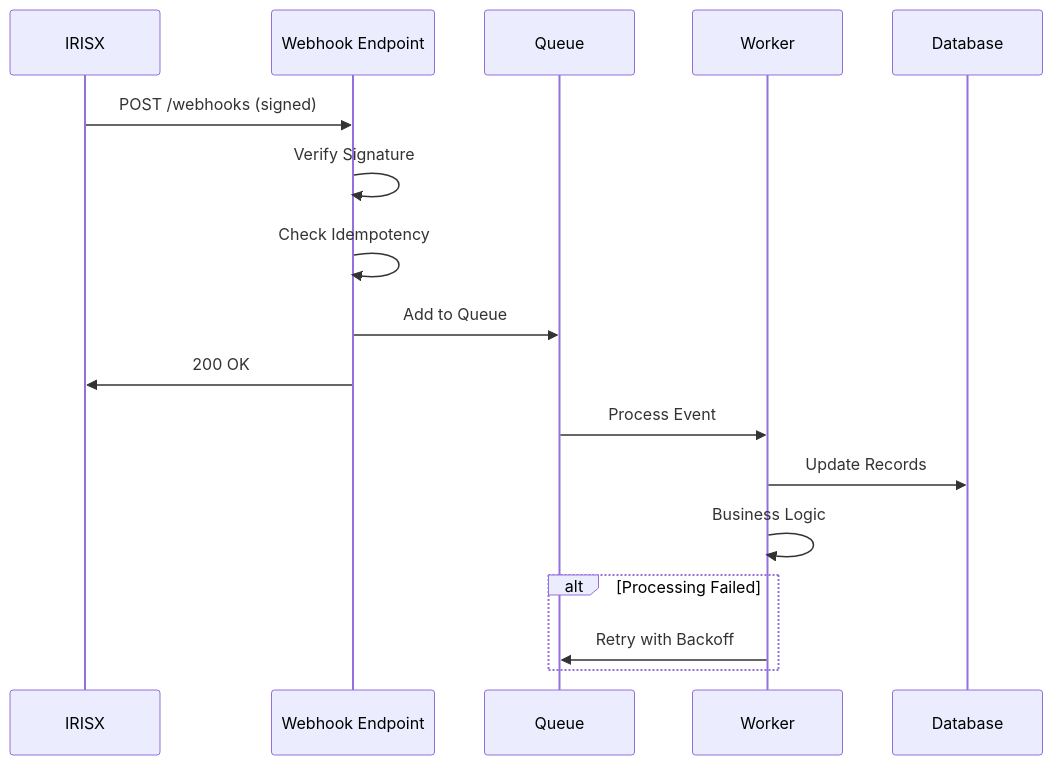
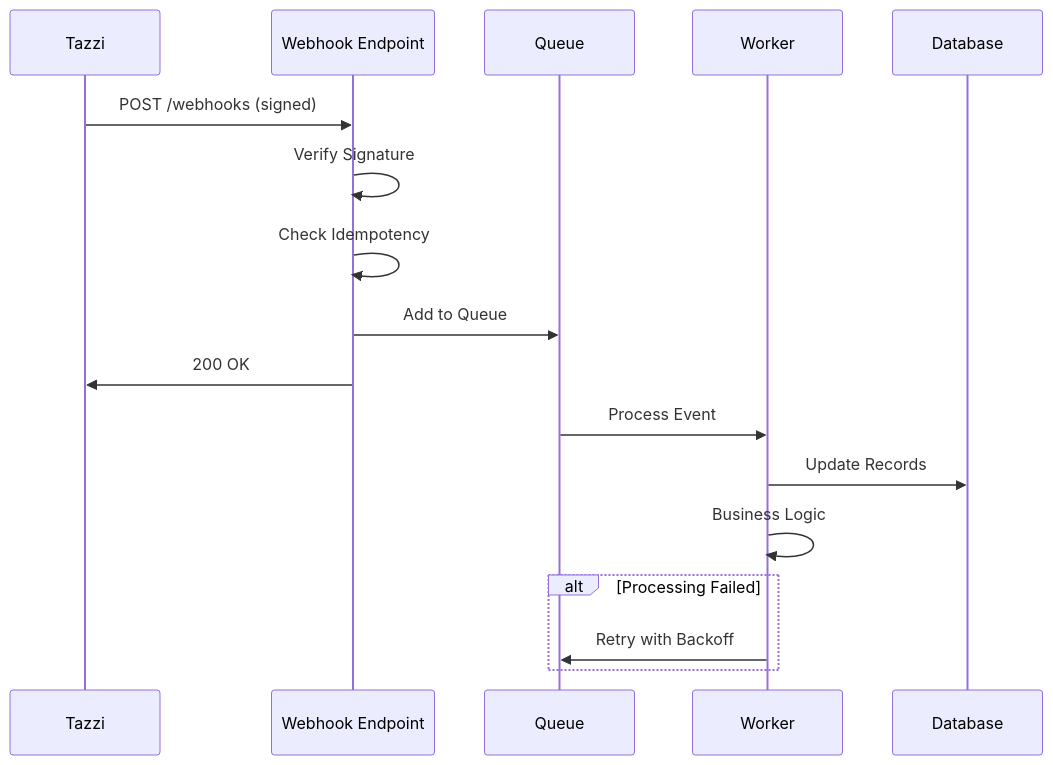
Before and after one commit to genghisprime/irisx-infrastructure: the diagram in docs/guides/webhook-handlers.mdx, drawn with Mermaid. The commit also changed other lines of this file and 220 other files, not shown here.

````diff
--- a/docs/guides/webhook-handlers.mdx
+++ b/docs/guides/webhook-handlers.mdx
@@ -732,20 +732,20 @@
 ```mermaid
 sequenceDiagram
-    participant IRISX
+    participant Tazzi
     participant Webhook Endpoint
     participant Queue
     participant Worker
     participant Database
 
-    IRISX->>Webhook Endpoint: POST /webhooks (signed)
+    Tazzi->>Webhook Endpoint: POST /webhooks (signed)
     Webhook Endpoint->>Webhook Endpoint: Verify Signature
     Webhook Endpoint->>Webhook Endpoint: Check Idempotency
     Webhook Endpoint->>Queue: Add to Queue
-    Webhook Endpoint->>IRISX: 200 OK
+    Webhook Endpoint->>Tazzi: 200 OK
     Queue->>Worker: Process Event
     Worker->>Database: Update Records
     Worker->>Worker: Business Logic
     alt Processing Failed
         Worker->>Queue: Retry with Backoff
     end
 ```
````
